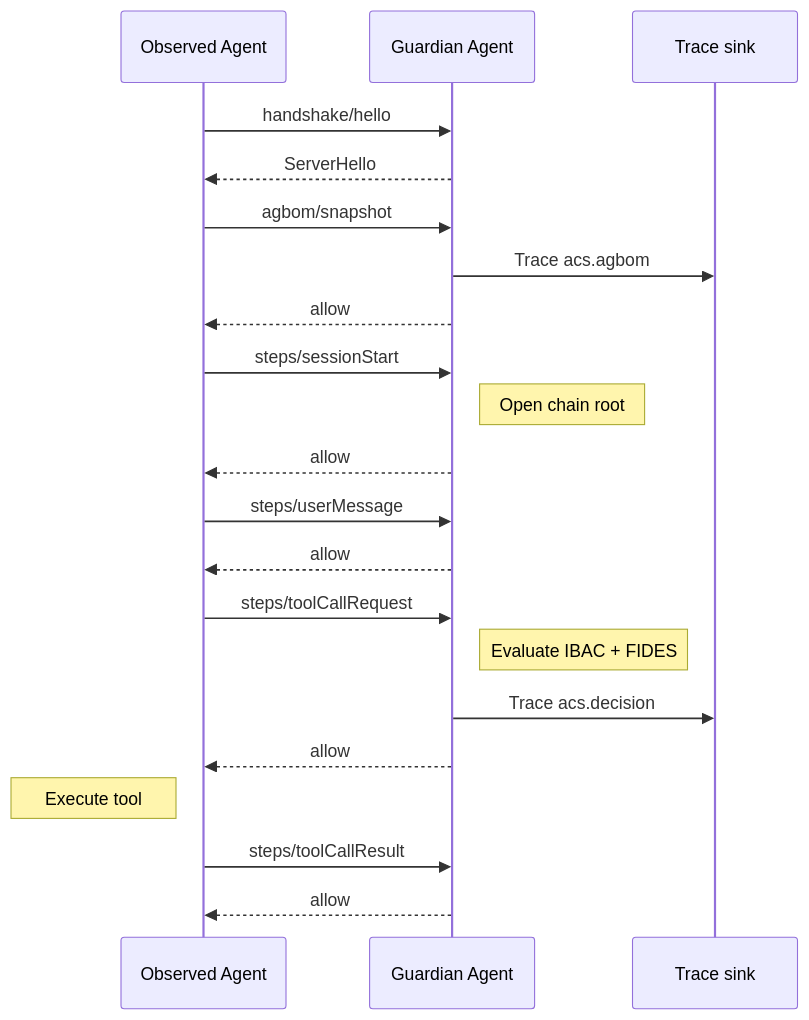
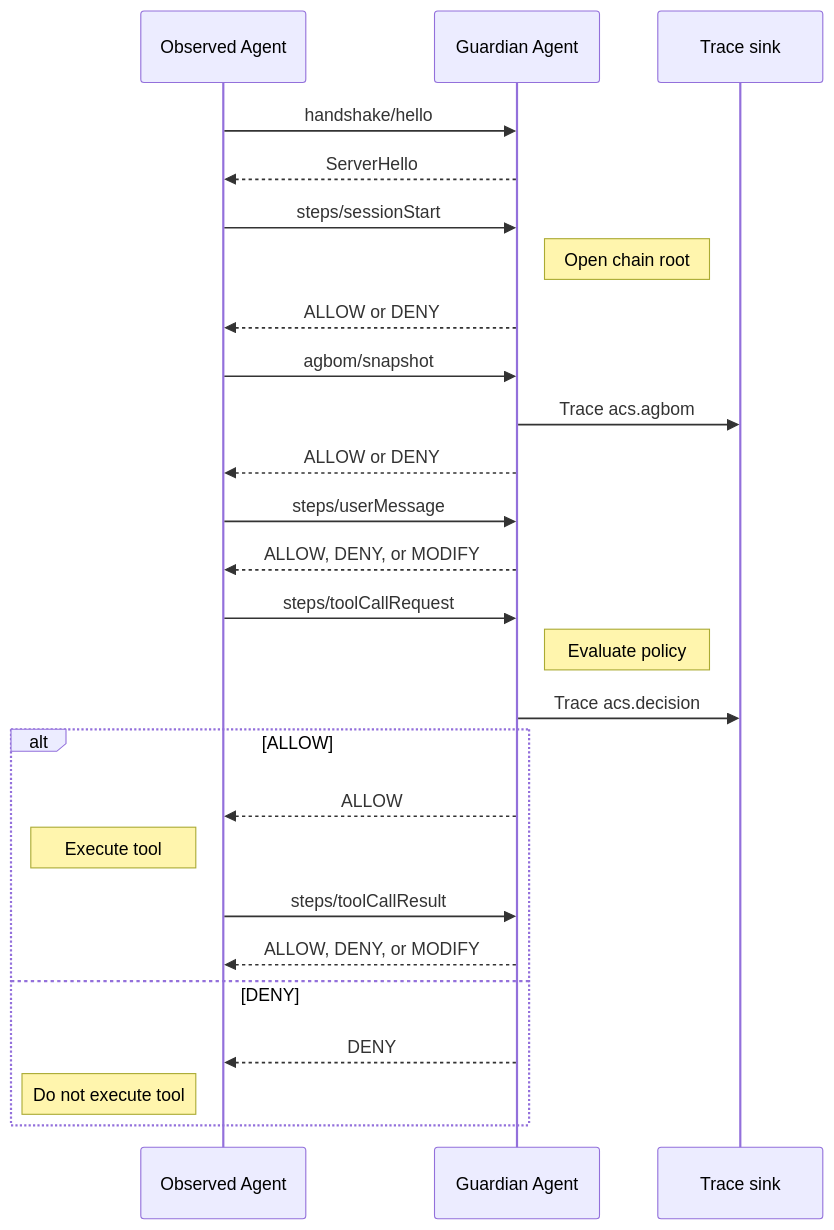
Before and after one commit to GenAI-Security-Project/agent-control-standard: the diagram in docs/topics/ACS_in_action_example.md, drawn with Mermaid. The commit also changed other lines of this file and 3 other files, not shown here.

````diff
--- a/docs/topics/ACS_in_action_example.md
+++ b/docs/topics/ACS_in_action_example.md
@@ -9,24 +9,29 @@
 ```mermaid
 sequenceDiagram
     participant O as Observed Agent
     participant G as Guardian Agent
     participant T as Trace sink
 
     O->>G: handshake/hello
     G-->>O: ServerHello
+    O->>G: steps/sessionStart
+    Note right of G: Open chain root
+    G-->>O: ALLOW or DENY
     O->>G: agbom/snapshot
     G->>T: Trace acs.agbom
-    G-->>O: allow
-    O->>G: steps/sessionStart
-    Note right of G: Open chain root
-    G-->>O: allow
+    G-->>O: ALLOW or DENY
     O->>G: steps/userMessage
-    G-->>O: allow
+    G-->>O: ALLOW, DENY, or MODIFY
     O->>G: steps/toolCallRequest
-    Note right of G: Evaluate IBAC + FIDES
+    Note right of G: Evaluate policy
     G->>T: Trace acs.decision
-    G-->>O: allow
-    Note left of O: Execute tool
-    O->>G: steps/toolCallResult
-    G-->>O: allow
+    alt ALLOW
+        G-->>O: ALLOW
+        Note left of O: Execute tool
+        O->>G: steps/toolCallResult
+        G-->>O: ALLOW, DENY, or MODIFY
+    else DENY
+        G-->>O: DENY
+        Note left of O: Do not execute tool
+    end
 ```
````
